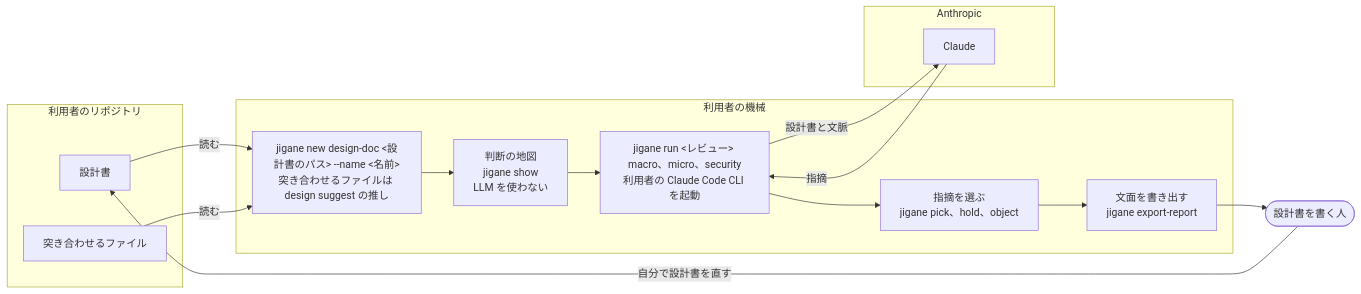
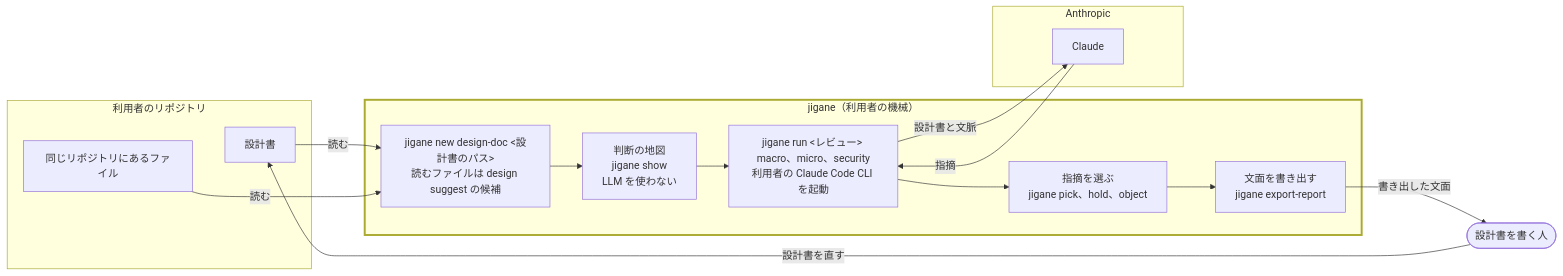
One commit to kokiTakashiki/jigane changed the second of 2 diagrams in README.md. Above: the diagram before and after it, drawn with Mermaid. The commit also changed other lines of this file and 336 other files, not shown here.

````diff
--- a/README.md
+++ b/README.md
@@ -45,25 +50,27 @@
 ```mermaid
 flowchart LR
     subgraph repo["利用者のリポジトリ"]
         doc["設計書"]
-        files["突き合わせるファイル"]
+        files["同じリポジトリにあるファイル"]
+        files ~~~ doc
     end
-    subgraph local["利用者の機械"]
-        new["jigane new design-doc &lt;設計書のパス&gt; --name &lt;名前&gt;<br/>突き合わせるファイルは design suggest の推し"]
+    subgraph jigane["jigane（利用者の機械）"]
+        new["jigane new design-doc &lt;設計書のパス&gt;<br/>読むファイルは design suggest の候補"]
         map["判断の地図<br/>jigane show<br/>LLM を使わない"]
         run["jigane run &lt;レビュー&gt; macro、micro、security<br/>利用者の Claude Code CLI を起動"]
         pick["指摘を選ぶ<br/>jigane pick、hold、object"]
         out["文面を書き出す<br/>jigane export-report"]
         new --> map --> run --> pick --> out
     end
+    author(["設計書を書く人"])
     subgraph anthropic["Anthropic"]
         claude["Claude"]
     end
-    author(["設計書を書く人"])
+    author -- "設計書を直す" --> doc
     doc -- "読む" --> new
     files -- "読む" --> new
+    out -- "書き出した文面" --> author
     run -- "設計書と文脈" --> claude
     claude -- "指摘" --> run
-    out --> author
-    author -- "自分で設計書を直す" --> doc
+    style jigane stroke-width:3px
 ```
````
